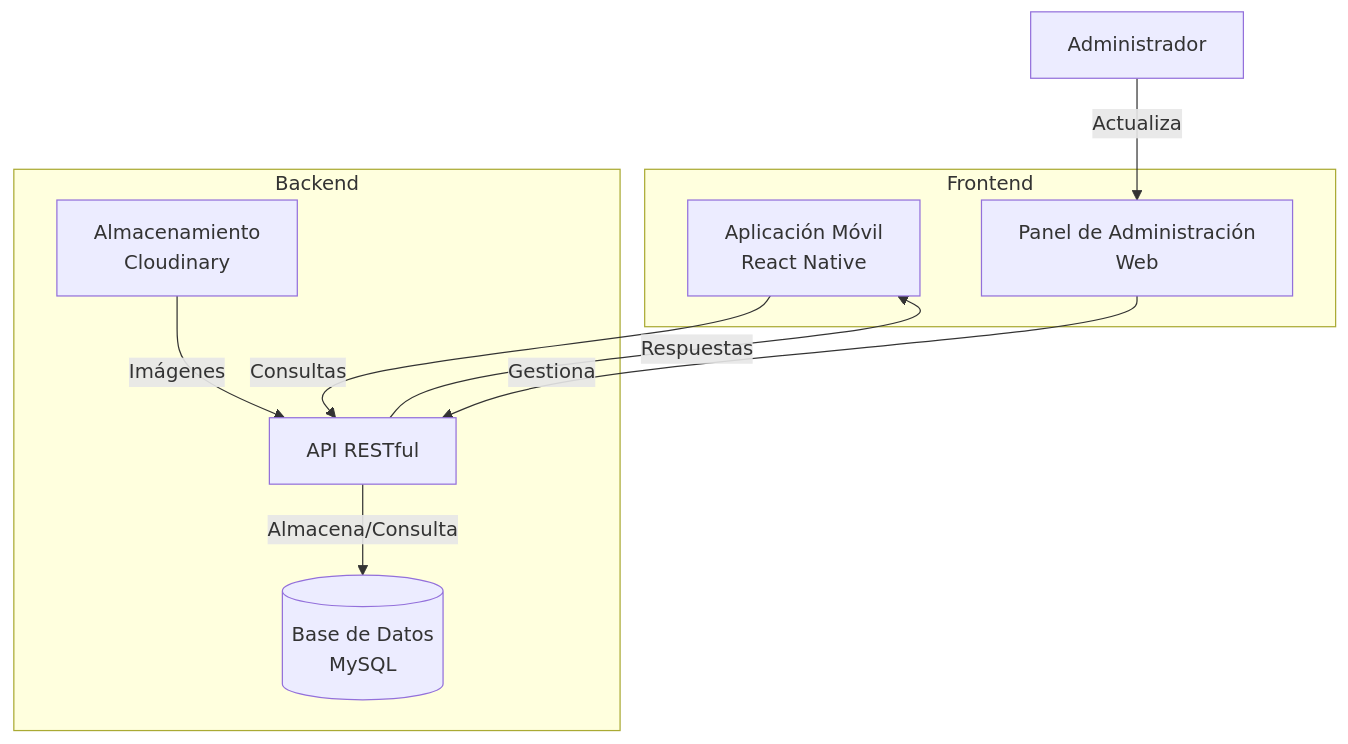
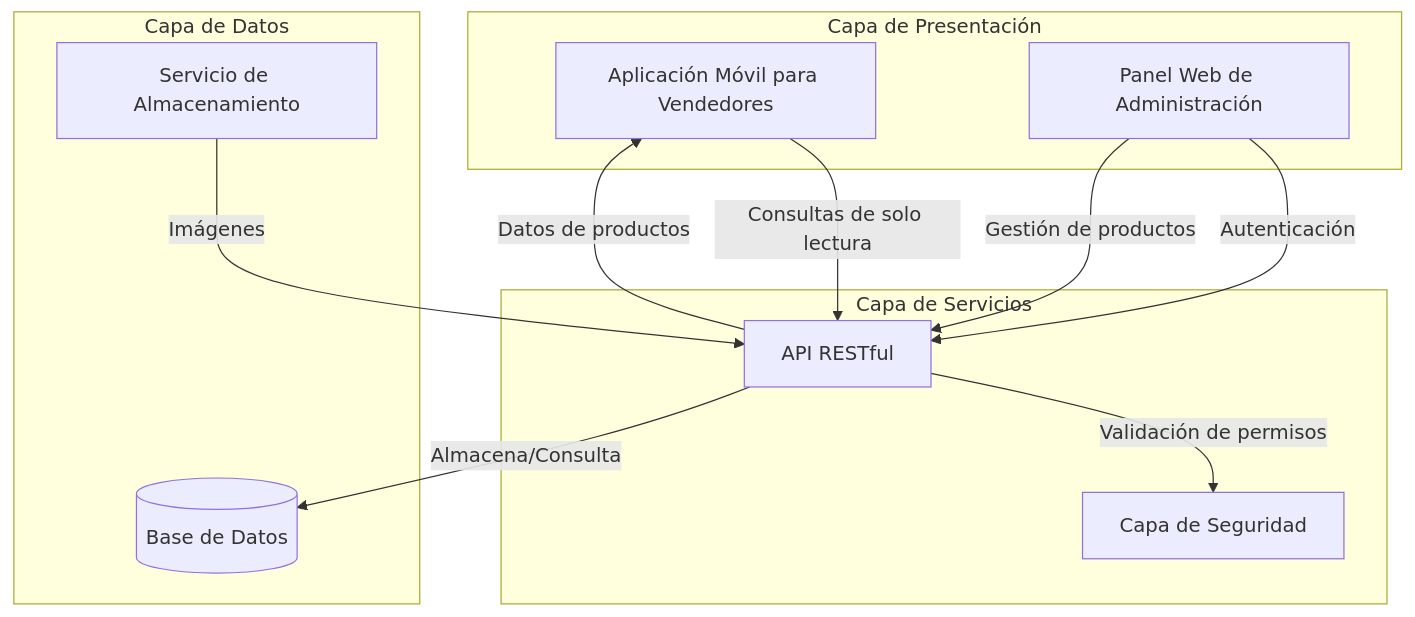
Before and after one commit to helter985/acs-2025-blue: the diagram in README.md, drawn with Mermaid. The commit also changed other lines of this file, not shown here.

Commit message:
-Update Arquitectura

````diff
--- a/README.md
+++ b/README.md
@@ -276,20 +276,25 @@
 ```mermaid
 graph TD
-    A[Aplicación Móvil\nReact Native] -->|Consultas| B[API RESTful]
-    B -->|Respuestas| A
-    B -->|Almacena/Consulta| C[(Base de Datos\nMySQL)]
-    D[Administrador] -->|Actualiza| E[Panel de Administración\nWeb]
-    E -->|Gestiona| B
-    F[Almacenamiento\nCloudinary] -->|Imágenes| B
+    A[Aplicación Móvil para Vendedores] -->|Consultas de solo lectura| B[API RESTful]
+    B -->|Datos de productos| A
+    C[Panel Web de Administración] -->|Autenticación| B
+    C -->|Gestión de productos| B
+    B -->|Validación de permisos| D[Capa de Seguridad]
+    B -->|Almacena/Consulta| E[(Base de Datos)]
+    F[Servicio de Almacenamiento] -->|Imágenes| B
     
-    subgraph Frontend
-    A
-    E
+    subgraph "Capa de Presentación"
+        A
+        C
     end
     
-    subgraph Backend
-    B
-    C
-    F
+    subgraph "Capa de Servicios"
+        B
+        D
+    end
+    
+    subgraph "Capa de Datos"
+        E
+        F
     end
 ```
````
